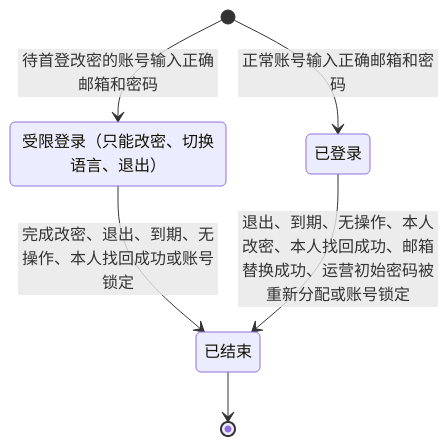
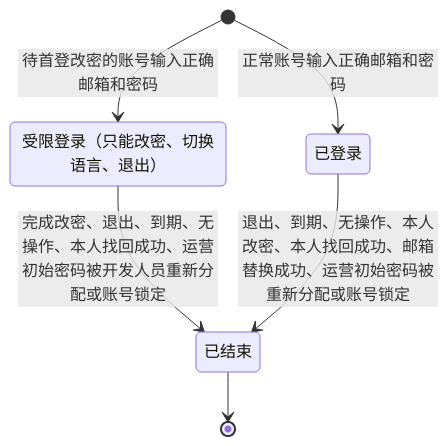
Before and after one commit to wxblockchain/Chain-Financing: the fifth of 8 diagrams in token-issuance-platform/PRD/管理端/M5-管理端登录与权限/02-管理端登录与权限-流程图与状态机.md, drawn with Mermaid. The commit also changed 32 other files, not shown here.

````diff
--- a/token-issuance-platform/PRD/管理端/M5-管理端登录与权限/02-管理端登录与权限-流程图与状态机.md
+++ b/token-issuance-platform/PRD/管理端/M5-管理端登录与权限/02-管理端登录与权限-流程图与状态机.md
@@ -110,11 +110,11 @@
 ```mermaid
 stateDiagram-v2
     state "受限登录（只能改密、切换语言、退出）" as R
     state "已登录" as L
     state "已结束" as E
     [*] --> R: 待首登改密的账号输入正确邮箱和密码
     [*] --> L: 正常账号输入正确邮箱和密码
-    R --> E: 完成改密、退出、到期、无操作、本人找回成功或账号锁定
+    R --> E: 完成改密、退出、到期、无操作、本人找回成功、运营初始密码被开发人员重新分配或账号锁定
     L --> E: 退出、到期、无操作、本人改密、本人找回成功、邮箱替换成功、运营初始密码被重新分配或账号锁定
     E --> [*]
 ```
````
